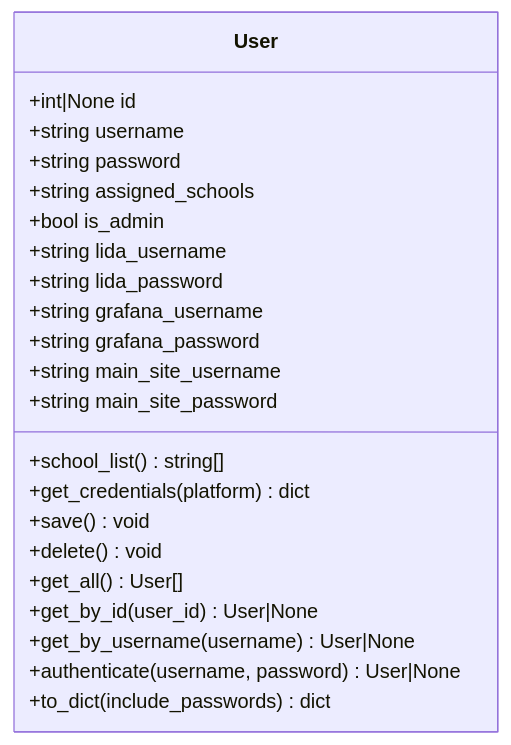
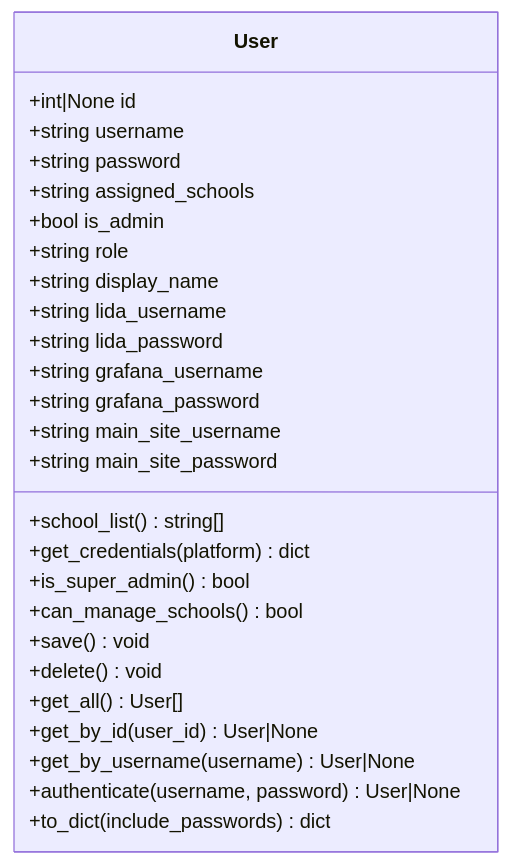
One commit to oreovan567-pixel/middle-platform-data-collector changed the fifth of 7 diagrams in .qoder/repowiki/zh/content/Web应用/路由系统/学校管理路由.md. Above: the diagram before and after it, drawn with Mermaid. The commit also changed other lines of this file and 11 other files, not shown here.

````diff
--- a/.qoder/repowiki/zh/content/Web应用/路由系统/学校管理路由.md
+++ b/.qoder/repowiki/zh/content/Web应用/路由系统/学校管理路由.md
@@ -199,25 +232,29 @@
 ```mermaid
 classDiagram
 class User {
 +int|None id
 +string username
 +string password
 +string assigned_schools
 +bool is_admin
++string role
++string display_name
 +string lida_username
 +string lida_password
 +string grafana_username
 +string grafana_password
 +string main_site_username
 +string main_site_password
 +school_list() string[]
 +get_credentials(platform) dict
++is_super_admin() bool
++can_manage_schools() bool
 +save() void
 +delete() void
 +get_all() User[]
 +get_by_id(user_id) User|None
 +get_by_username(username) User|None
 +authenticate(username, password) User|None
 +to_dict(include_passwords) dict
 }
 ```
````
